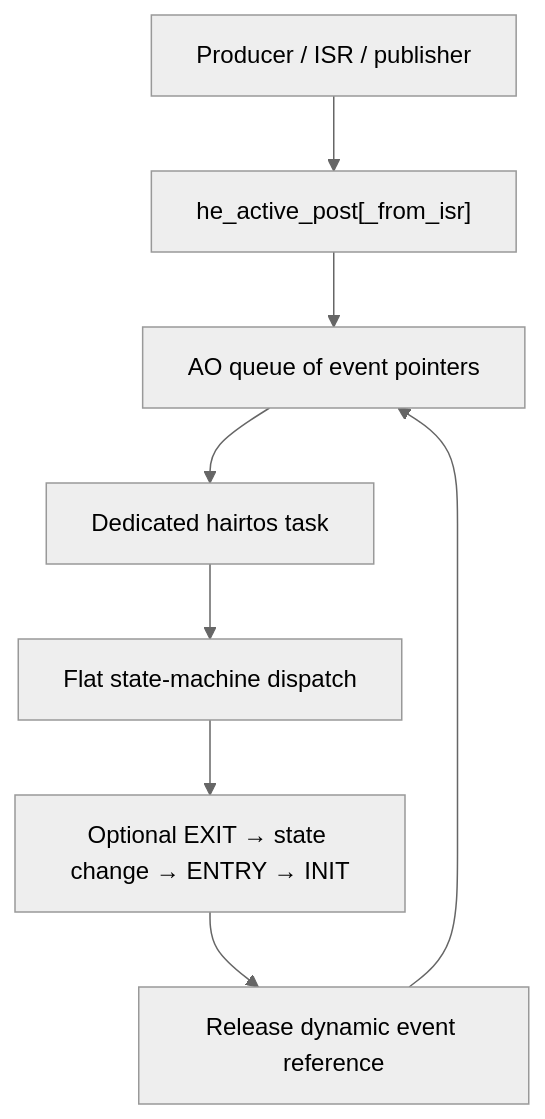
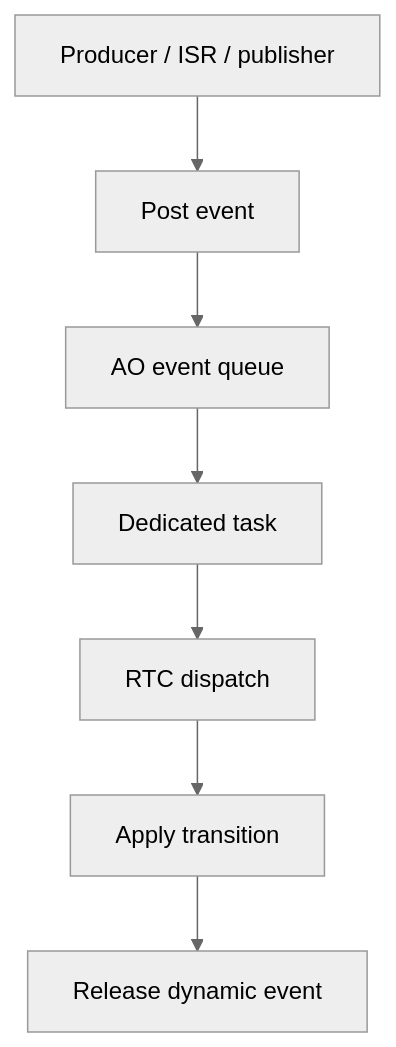
Before and after one commit to haikevins/hairtos: the diagram in docs/03-haievent/active-object.md, drawn with Mermaid (neutral theme). The commit also changed other lines of this file and 82 other files, not shown here.

````diff
--- a/docs/03-haievent/active-object.md
+++ b/docs/03-haievent/active-object.md
@@ -45,10 +44,9 @@
 ```mermaid
-flowchart TD
-    P["Producer / ISR / publisher"] --> POST["he_active_post[_from_isr]"]
-    POST --> Q["AO queue of event pointers"]
-    Q --> TASK["Dedicated hairtos task"]
-    TASK --> DISPATCH["Flat state-machine dispatch"]
-    DISPATCH --> TRANS["Optional EXIT → state change → ENTRY → INIT"]
-    TRANS --> RELEASE["Release dynamic event reference"]
-    RELEASE --> Q
+flowchart TB
+    P["Producer / ISR / publisher"] --> POST["Post event"]
+    POST --> Q["AO event queue"]
+    Q --> TASK["Dedicated task"]
+    TASK --> DISPATCH["RTC dispatch"]
+    DISPATCH --> TRANS["Apply transition"]
+    TRANS --> RELEASE["Release dynamic event"]
 ```
````
